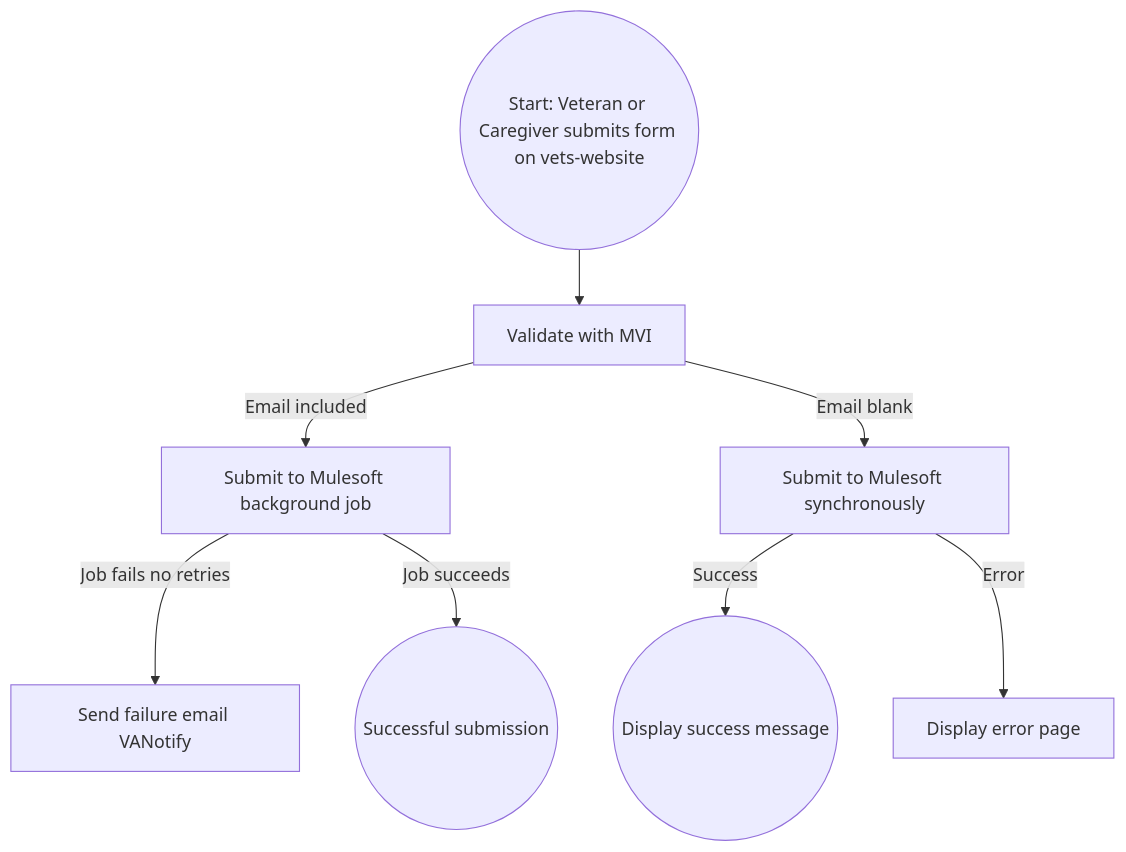
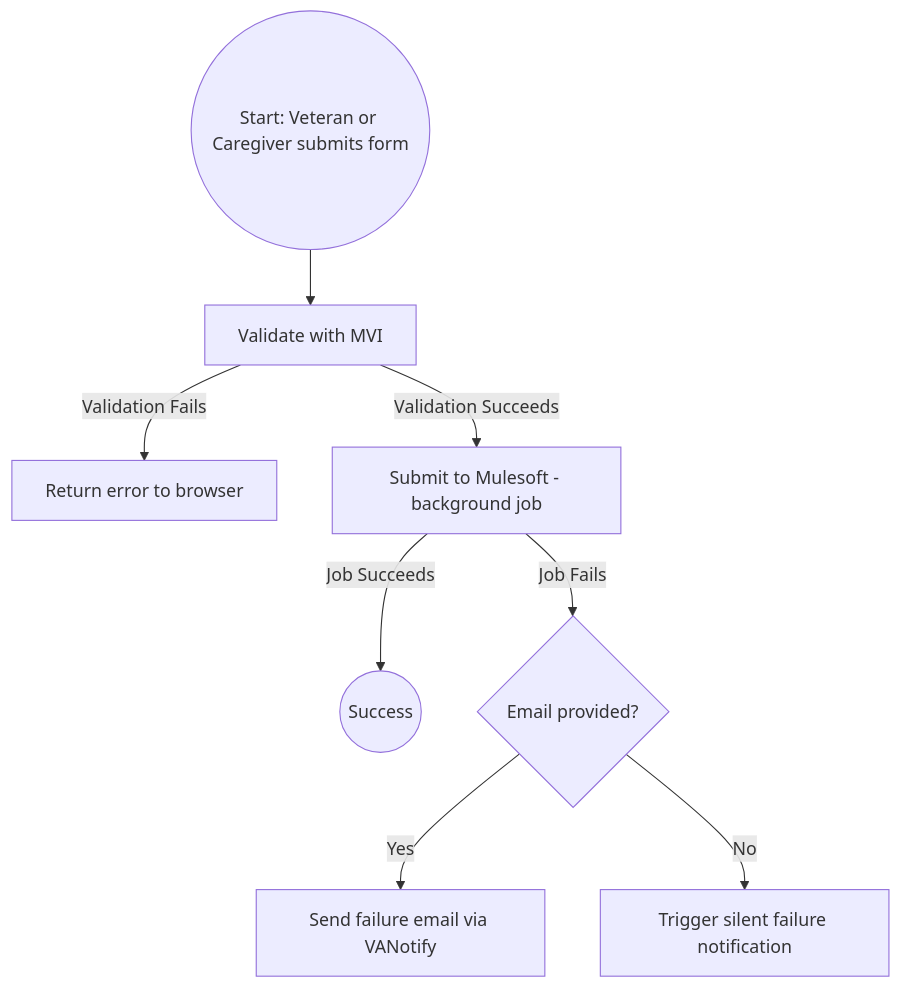
Before and after one commit to department-of-veterans-affairs/va.gov-team: the diagram in products/caregivers/eng-docs/10-10CG Flowchart.md, drawn with Mermaid.

Commit message:
[10-10CG] Update flowchart (#108677)
* update 10-10CG flowchart

* add error state to chart

````diff
--- a/products/caregivers/eng-docs/10-10CG Flowchart.md
+++ b/products/caregivers/eng-docs/10-10CG Flowchart.md
@@ -1,10 +1,13 @@
 ```mermaid
 flowchart TD
-    A((Start: Veteran or Caregiver submits form on vets-website)) --> B[Validate with MVI]
-    B -->|Email included| E[Submit to Mulesoft background job]
-    E -->|Job fails no retries| F[Send failure email VANotify]
-    E -->|Job succeeds| G((Successful submission))
-    B -->|Email blank| H[Submit to Mulesoft synchronously]
-    H -->|Success| I((Display success message))
-    H -->|Error| J[Display error page]
+    A((Start: Veteran or Caregiver submits form)) --> B[Validate with MVI]
+
+    B -->|Validation Fails| H[Return error to browser]
+    B -->|Validation Succeeds| C[Submit to Mulesoft - background job]
+
+    C -->|Job Succeeds| D((Success))
+
+    C -->|Job Fails| E{Email provided?}
+    E -->|Yes| F[Send failure email via VANotify]
+    E -->|No| G[Trigger silent failure notification]
 ```
````
